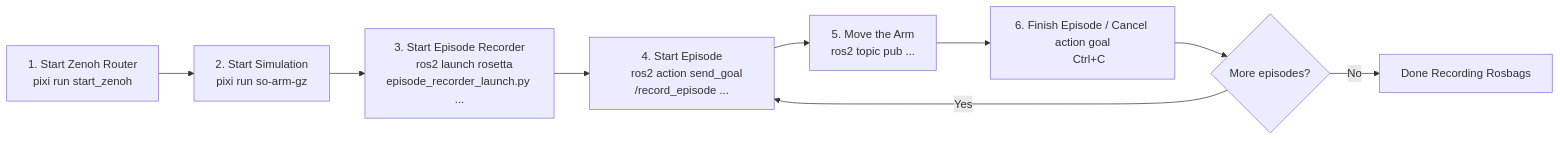
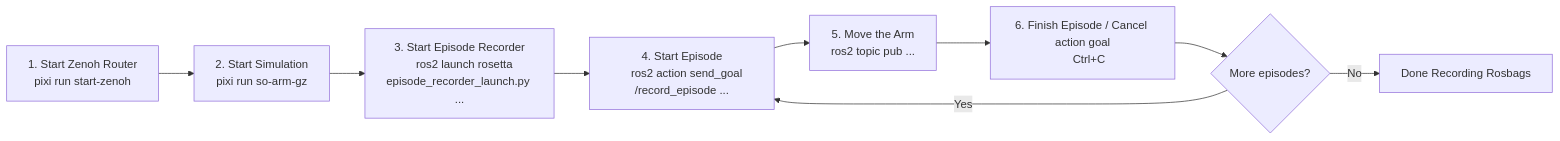
Before and after one commit to iblnkn/demos: the diagram in src/pai/pai_data_collection/README.md, drawn with Mermaid. The commit also changed other lines of this file and 7 other files, not shown here.

````diff
--- a/src/pai/pai_data_collection/README.md
+++ b/src/pai/pai_data_collection/README.md
@@ -79,17 +79,17 @@
 ```mermaid
 flowchart LR
     A["1. Start Zenoh Router
-    pixi run start_zenoh"] --> B["2. Start Simulation
+    pixi run start-zenoh"] --> B["2. Start Simulation
     pixi run so-arm-gz"]
     B --> C["3. Start Episode Recorder
     ros2 launch rosetta episode_recorder_launch.py ..."]
     C --> D["4. Start Episode
     ros2 action send_goal /record_episode ..."]
     D --> E["5. Move the Arm
     ros2 topic pub ..."]
     E --> F["6. Finish Episode / Cancel action goal
     Ctrl+C"]
     F --> G{More episodes?}
     G -- Yes --> D
     G -- No --> H["Done Recording Rosbags"]
 ```
````
